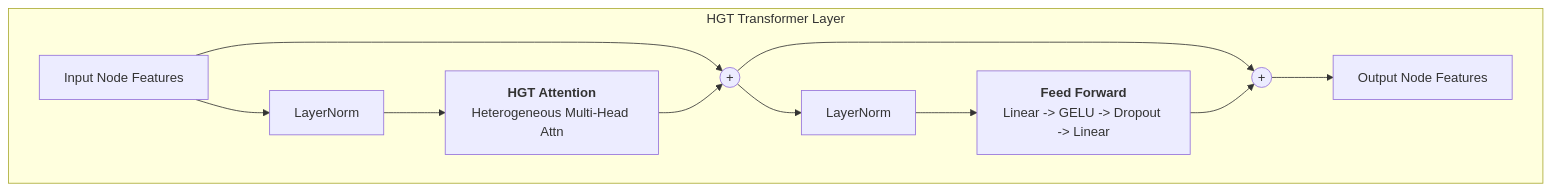
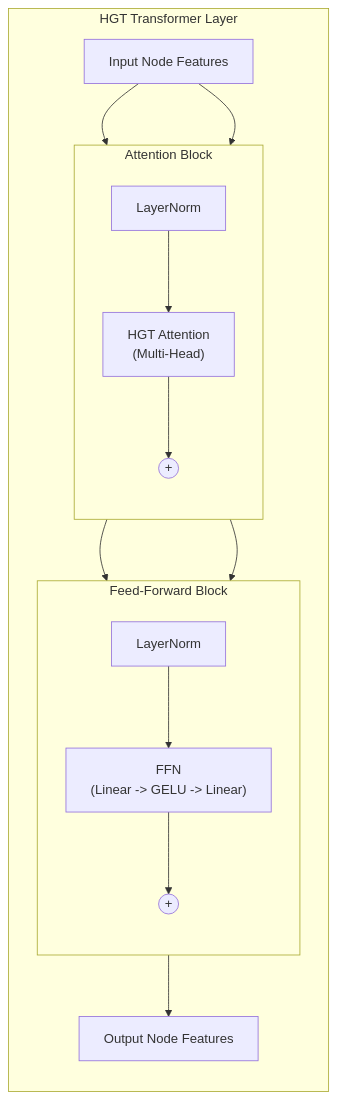
One commit to whyman903/Twibot-22-HGT changed the second of 2 diagrams in model_architecture.md. Above: the diagram before and after it, drawn with Mermaid.

Commit message:
documentation bug fixes

````diff
--- a/model_architecture.md
+++ b/model_architecture.md
@@ -127,25 +127,37 @@
 ```mermaid
-graph TD
-    subgraph "HGT Transformer Layer"
-        Input[Input Node Features]
-        Norm1[LayerNorm]
-        Attn["<b>HGT Attention</b><br>Heterogeneous Multi-Head Attn"]
-        Add1((+))
-        Norm2[LayerNorm]
-        FFN["<b>Feed Forward</b><br>Linear -> GELU -> Dropout -> Linear"]
-        Add2((+))
-        Output[Output Node Features]
+graph TB
+    subgraph Layer ["HGT Transformer Layer"]
+        direction TB
+        
+        In[Input Node Features]
+        
+        subgraph AttnBlock ["Attention Block"]
+            direction TB
+            LN1[LayerNorm]
+            HGT["HGT Attention<br>(Multi-Head)"]
+            Add1((+))
+        end
+        
+        subgraph FFNBlock ["Feed-Forward Block"]
+            direction TB
+            LN2[LayerNorm]
+            FFN["FFN<br>(Linear -> GELU -> Linear)"]
+            Add2((+))
+        end
+        
+        Out[Output Node Features]
 
-        Input --> Norm1
-        Norm1 --> Attn
-        Input --> Add1
-        Attn --> Add1
+        %% Connections
+        In --> LN1
+        LN1 --> HGT
+        HGT --> Add1
+        In --> Add1
         
-        Add1 --> Norm2
-        Norm2 --> FFN
+        Add1 --> LN2
+        LN2 --> FFN
+        FFN --> Add2
         Add1 --> Add2
-        FFN --> Add2
         
-        Add2 --> Output
+        Add2 --> Out
     end
 ```
````
